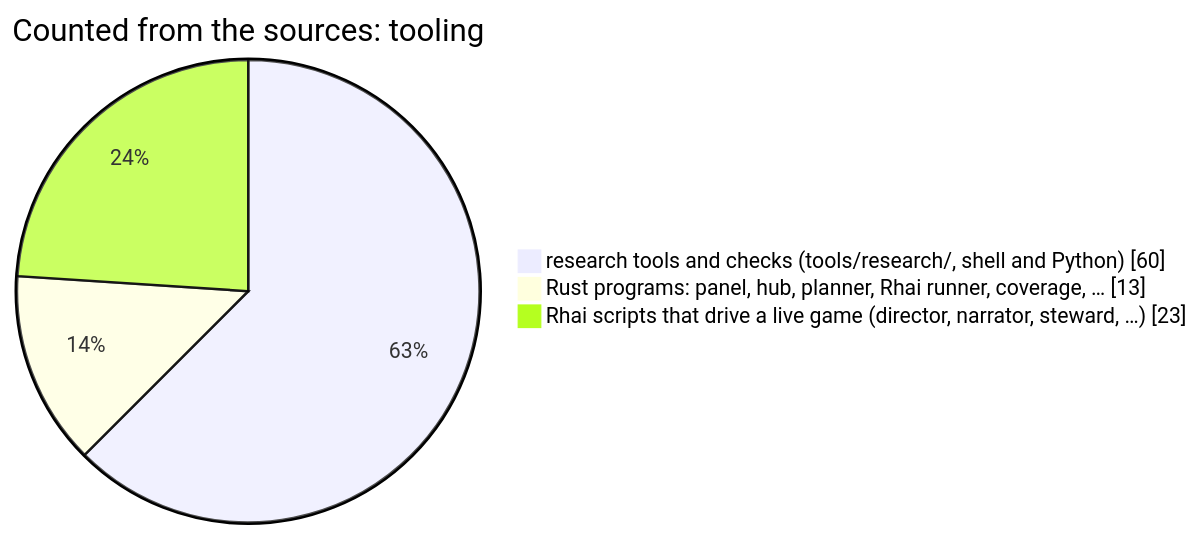
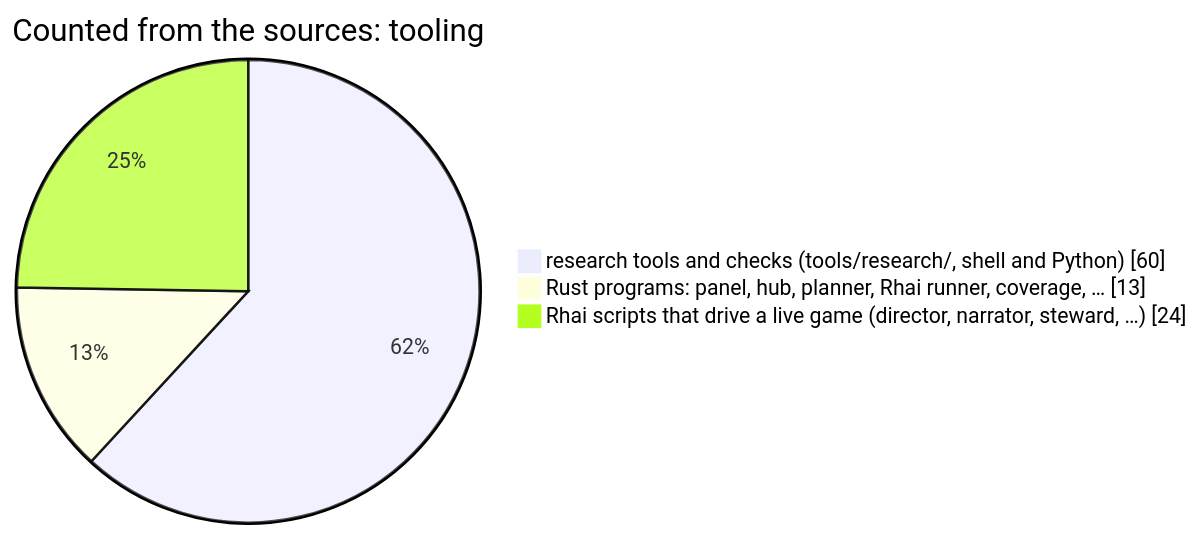
One commit to korczis/OpenTTD changed the seventh of 12 diagrams in README.md. Above: the diagram before and after it, drawn with Mermaid. The commit also changed other lines of this file and 5 other files, not shown here.

````diff
--- a/README.md
+++ b/README.md
@@ -803,6 +803,6 @@
 ```mermaid
 pie showData title Counted from the sources: tooling
     "research tools and checks (tools/research/, shell and Python)" : 60
     "Rust programs: panel, hub, planner, Rhai runner, coverage, …" : 13
-    "Rhai scripts that drive a live game (director, narrator, steward, …)" : 23
+    "Rhai scripts that drive a live game (director, narrator, steward, …)" : 24
 ```
````
